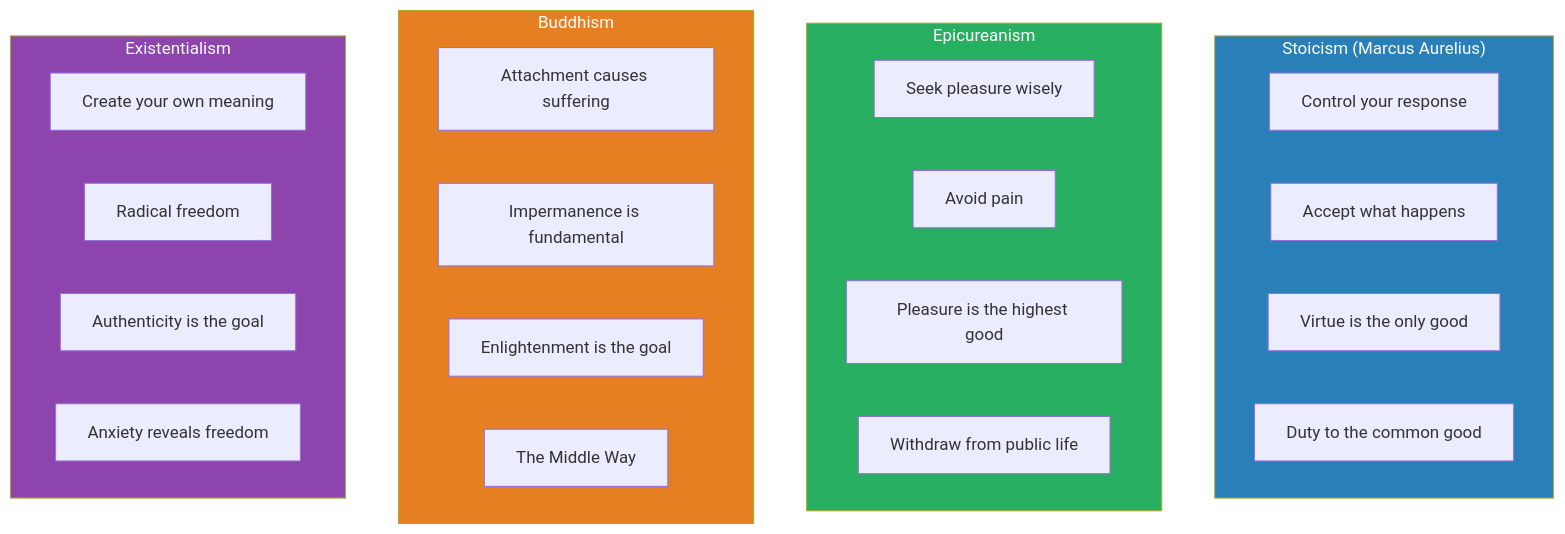
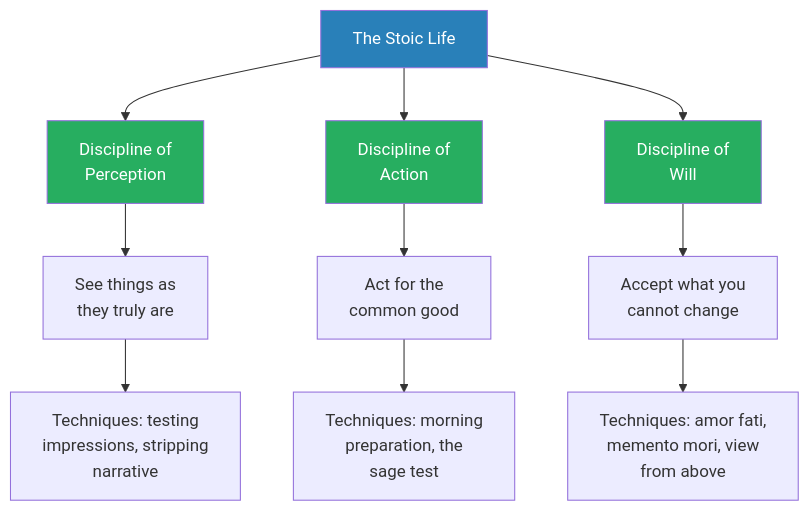
One commit to alius33/reader changed the eighth of 8 diagrams in summaries/Mindset & Self-Mastery/Meditations - Marcus Aurelius.md. Above: the diagram before and after it, drawn with Mermaid. The commit also changed other lines of this file and 272 other files, not shown here.

````diff
--- a/summaries/Mindset & Self-Mastery/Meditations - Marcus Aurelius.md
+++ b/summaries/Mindset & Self-Mastery/Meditations - Marcus Aurelius.md
@@ -462,31 +1326,16 @@
 ```mermaid
 flowchart TD
-    subgraph STOI ["Stoicism (Marcus Aurelius)"]
-        S1["Control your response"]
-        S2["Accept what happens"]
-        S3["Virtue is the only good"]
-        S4["Duty to the common good"]
-    end
-    subgraph EPIC ["Epicureanism"]
-        E1["Seek pleasure wisely"]
-        E2["Avoid pain"]
-        E3["Pleasure is the highest good"]
-        E4["Withdraw from public life"]
-    end
-    subgraph BUDD ["Buddhism"]
-        B1["Attachment causes suffering"]
-        B2["Impermanence is fundamental"]
-        B3["Enlightenment is the goal"]
-        B4["The Middle Way"]
-    end
-    subgraph EXIS ["Existentialism"]
-        X1["Create your own meaning"]
-        X2["Radical freedom"]
-        X3["Authenticity is the goal"]
-        X4["Anxiety reveals freedom"]
-    end
-    style STOI fill:#2980b9,color:#fff
-    style EPIC fill:#27ae60,color:#fff
-    style BUDD fill:#e67e22,color:#fff
-    style EXIS fill:#8e44ad,color:#fff
+    A["The Stoic Life"] --> B["Discipline of<br>Perception"]
+    A --> C["Discipline of<br>Action"]
+    A --> D["Discipline of<br>Will"]
+    B --> E["See things as<br>they truly are"]
+    C --> F["Act for the<br>common good"]
+    D --> G["Accept what you<br>cannot change"]
+    E --> H["Techniques: testing<br>impressions, stripping<br>narrative"]
+    F --> I["Techniques: morning<br>preparation, the<br>sage test"]
+    G --> J["Techniques: amor fati,<br>memento mori, view<br>from above"]
+    style A fill:#2980b9,color:#fff
+    style B fill:#27ae60,color:#fff
+    style C fill:#27ae60,color:#fff
+    style D fill:#27ae60,color:#fff
 ```
````
